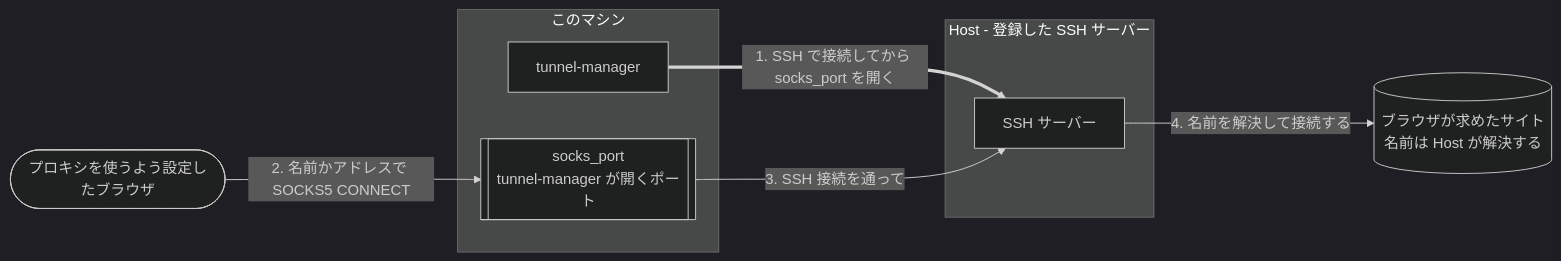
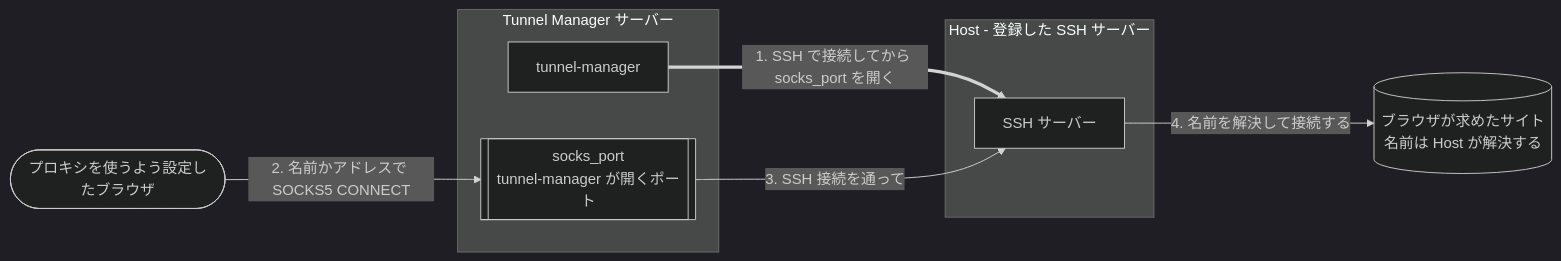
Before and after one commit to jollaman999/tunnel-manager: the third of 4 diagrams in docs/reference.ja.md, drawn with Mermaid (dark theme). The commit also changed other lines of this file and 7 other files, not shown here.

Commit message:
docs: Call it the Tunnel Manager server and a jump host

````diff
--- a/docs/reference.ja.md
+++ b/docs/reference.ja.md
@@ -472,17 +472,17 @@
 ```mermaid
 flowchart LR
     browser(["プロキシを使うよう設定したブラウザ"])
-    subgraph here ["このマシン"]
+    subgraph here ["Tunnel Manager サーバー"]
         port[["socks_port<br/>tunnel-manager が開くポート"]]
         tm["tunnel-manager"]
     end
     subgraph host ["Host - 登録した SSH サーバー"]
         sshd["SSH サーバー"]
     end
     target[("ブラウザが求めたサイト<br/>名前は Host が解決する")]
 
     tm ==>|"1. SSH で接続してから socks_port を開く"| sshd
     browser -->|"2. 名前かアドレスで SOCKS5 CONNECT"| port
     port -->|"3. SSH 接続を通って"| sshd
     sshd -->|"4. 名前を解決して接続する"| target
 ```
````
